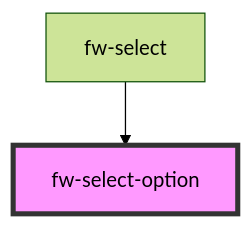
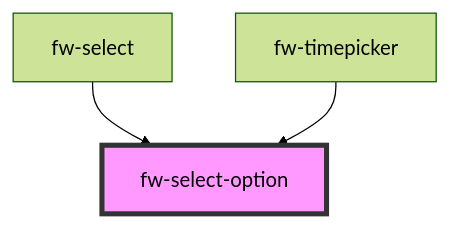
Before and after one commit to freshworks/crayons: the diagram in src/components/select-option/readme.md, drawn with Mermaid (forest theme). The commit also changed other lines of this file and 7 other files, not shown here.

````diff
--- a/src/components/select-option/readme.md
+++ b/src/components/select-option/readme.md
@@ -30,5 +31,6 @@
 ```mermaid
 graph TD;
   fw-select --> fw-select-option
+  fw-timepicker --> fw-select-option
   style fw-select-option fill:#f9f,stroke:#333,stroke-width:4px
 ```
````
